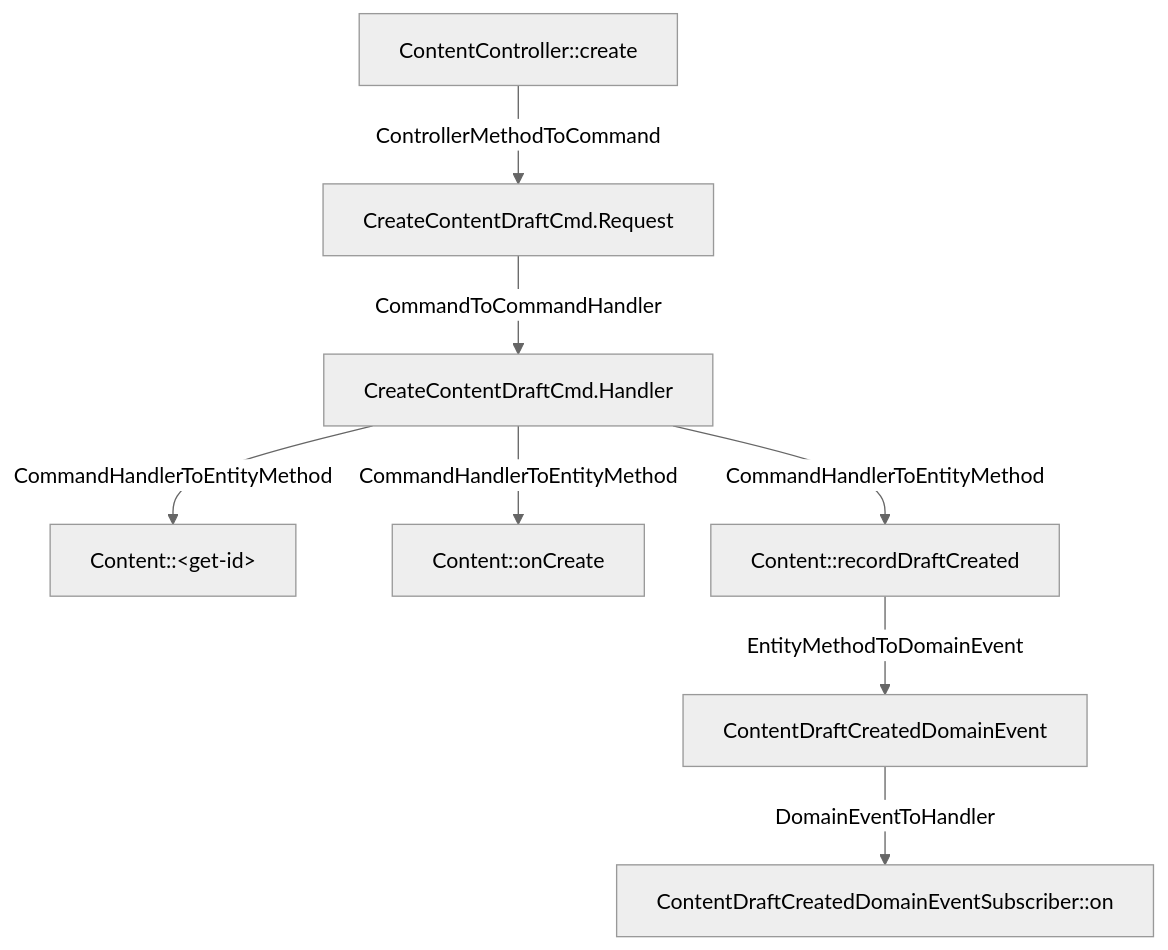
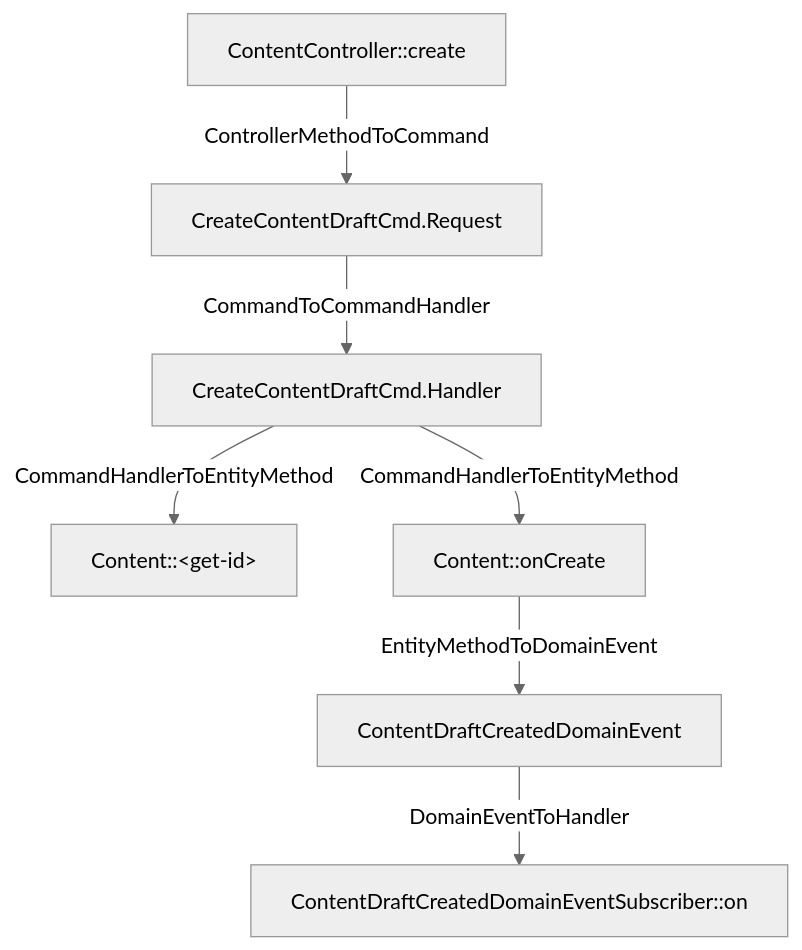
Before and after one commit to LDmoxeii/cap4k-reference-content-studio: the diagram in analysis/flows/com_only4_cap4k_reference_contentstudio_adapter_http_ContentController_create.mmd, drawn with Mermaid (neutral theme). The commit also changed 9 other files, not shown here.

```diff
--- a/analysis/flows/com_only4_cap4k_reference_contentstudio_adapter_http_ContentController_create.mmd
+++ b/analysis/flows/com_only4_cap4k_reference_contentstudio_adapter_http_ContentController_create.mmd
@@ -1,16 +1,14 @@
 flowchart TD
   N1[ContentController::create]
   N2[CreateContentDraftCmd.Handler]
   N3[CreateContentDraftCmd.Request]
   N4[ContentDraftCreatedDomainEventSubscriber::on]
   N5[Content::&lt;get-id&gt;]
   N6[Content::onCreate]
-  N7[Content::recordDraftCreated]
-  N8[ContentDraftCreatedDomainEvent]
+  N7[ContentDraftCreatedDomainEvent]
   N1 -->|ControllerMethodToCommand| N3
   N2 -->|CommandHandlerToEntityMethod| N5
   N2 -->|CommandHandlerToEntityMethod| N6
-  N2 -->|CommandHandlerToEntityMethod| N7
   N3 -->|CommandToCommandHandler| N2
-  N7 -->|EntityMethodToDomainEvent| N8
-  N8 -->|DomainEventToHandler| N4
+  N6 -->|EntityMethodToDomainEvent| N7
+  N7 -->|DomainEventToHandler| N4
```
